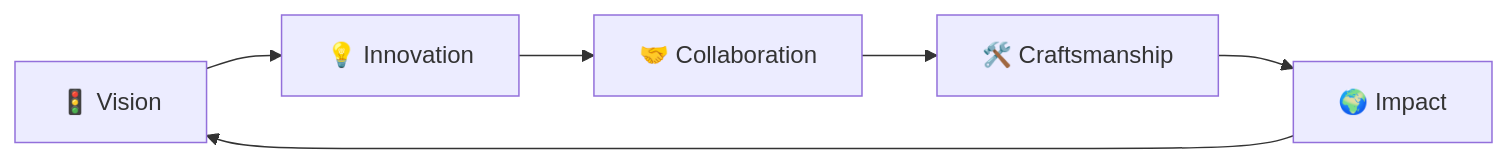
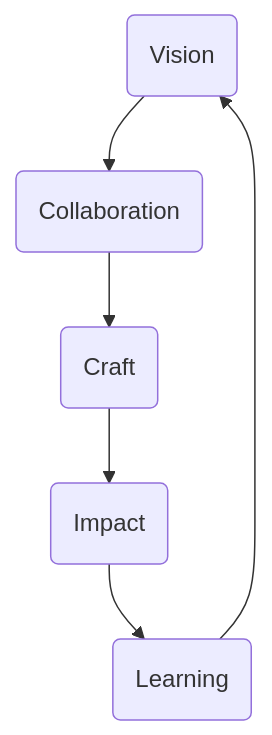
Before and after one commit to ChristianAgyapong/ChristianAgyapong: the first of 3 diagrams in README.md, drawn with Mermaid. The commit also changed other lines of this file, not shown here.

````diff
--- a/README.md
+++ b/README.md
@@ -32,8 +32,8 @@
 ```mermaid
-graph LR
-    A[🚦 Vision] --> B[💡 Innovation]
-    B --> C[🤝 Collaboration]
-    C --> D[🛠️ Craftsmanship]
-    D --> E[🌍 Impact]
+graph TD
+    A(Vision) --> B(Collaboration)
+    B --> C(Craft)
+    C --> D(Impact)
+    D --> E(Learning)
     E --> A
 ```
````
